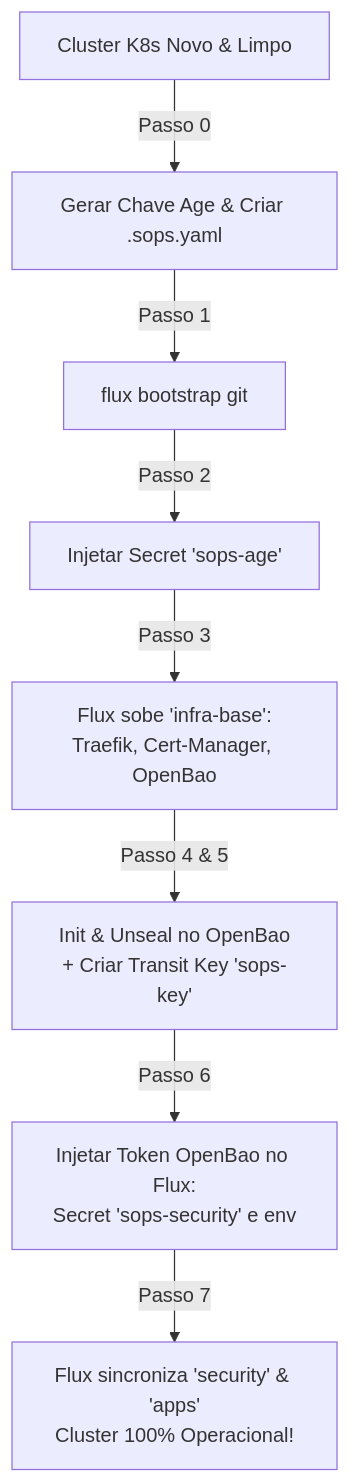
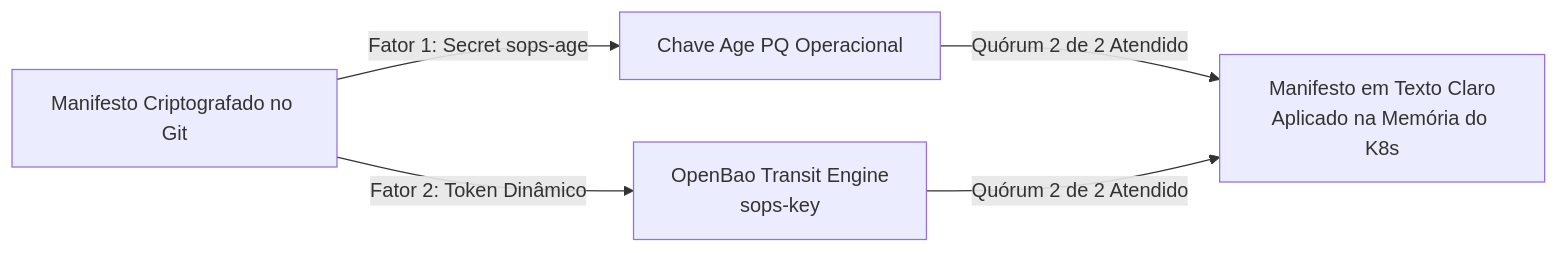
Before and after one commit to Dexmachi/cluster-poc: the second of 2 diagrams in README.md, drawn with Mermaid. The commit also changed other lines of this file, not shown here.

````diff
--- a/README.md
+++ b/README.md
@@ -234,10 +163,11 @@
 ```mermaid
-flowchart TD
-    A[Cluster K8s Novo & Limpo] -->|Passo 0| Z[Gerar Chave Age & Criar .sops.yaml]
-    Z -->|Passo 1| B[flux bootstrap git]
-    B -->|Passo 2| C[Injetar Secret 'sops-age']
-    C -->|Passo 3| D[Flux sobe 'infra-base':\nTraefik, Cert-Manager, OpenBao]
-    D -->|Passo 4 & 5| E[Init & Unseal no OpenBao\n+ Criar Transit Key 'sops-key']
-    E -->|Passo 6| F[Injetar Token OpenBao no Flux:\nSecret 'sops-security' e env]
-    F -->|Passo 7| G[Flux sincroniza 'security' & 'apps'\nCluster 100% Operacional!]
+flowchart LR
+    GitFile[Manifesto Criptografado no Git]
+    AgeKey[Chave Age PQ Operacional]
+    BaoKey[OpenBao Transit Engine\nsops-key]
+    ClearSecret[Manifesto em Texto Claro\nAplicado na Memória do K8s]
+
+    GitFile -->|Fator 1: Secret sops-age| AgeKey
+    GitFile -->|Fator 2: Token Dinâmico| BaoKey
+    AgeKey & BaoKey -->|Quórum 2 de 2 Atendido| ClearSecret
 ```
````
